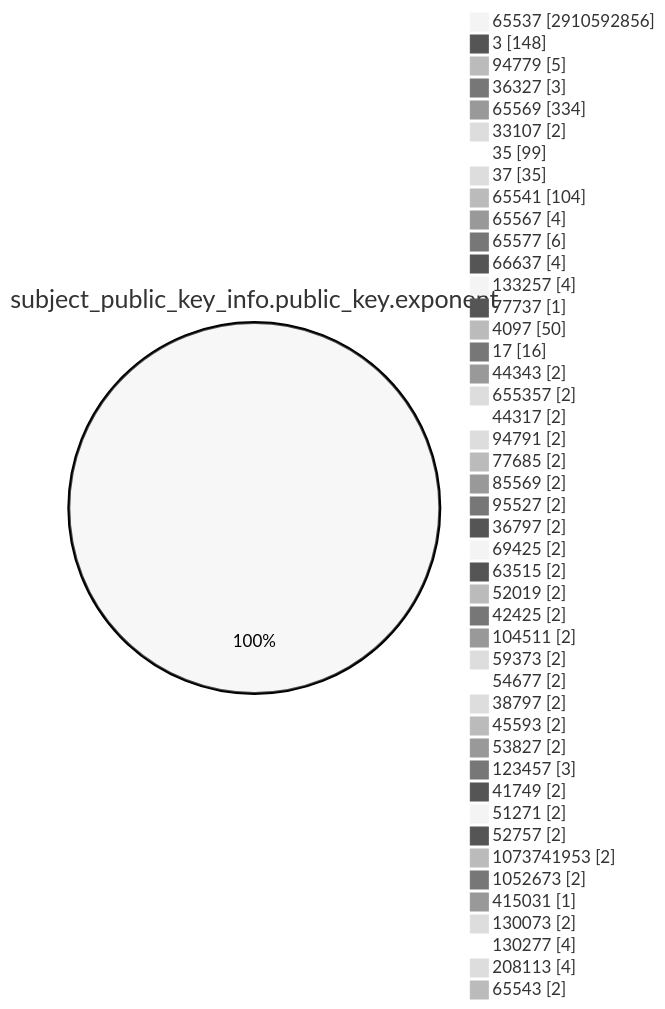
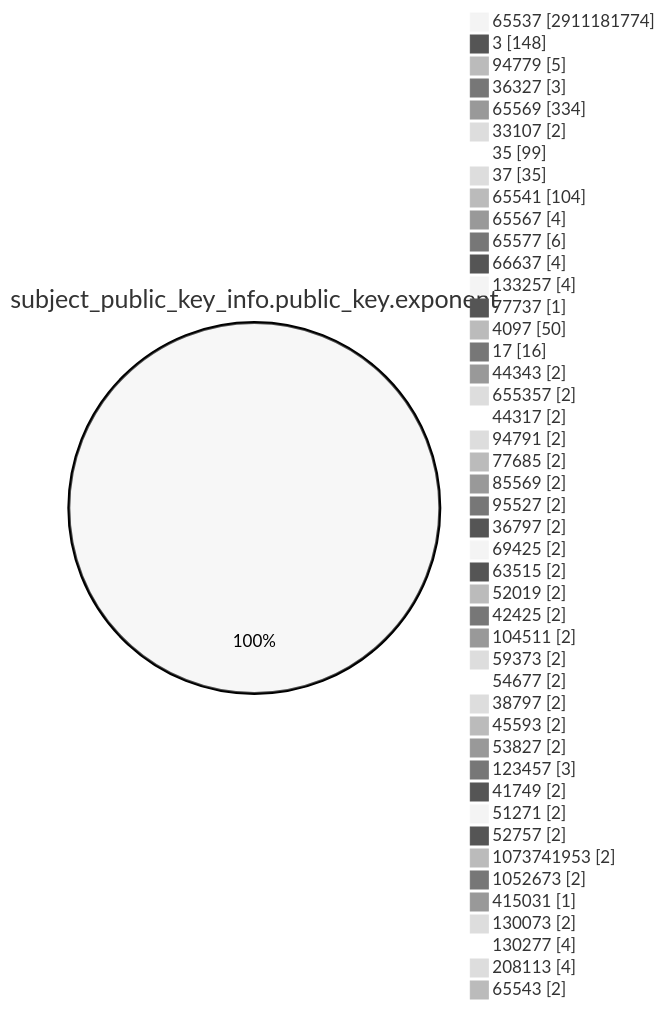
Before and after one commit to christiankrug/ctmonitor_visualization: the fourth of 15 diagrams in TOTAL/README.md, drawn with Mermaid (neutral theme). The commit also changed other lines of this file, not shown here.

````diff
--- a/TOTAL/README.md
+++ b/TOTAL/README.md
@@ -1469,49 +1469,49 @@
 ```mermaid
 pie showData
 title subject_public_key_info.public_key.exponent
-"65537" :2910592856
+"65537" :2911181774
 "3" :148
 "94779" :5
 "36327" :3
 "65569" :334
 "33107" :2
 "35" :99
 "37" :35
 "65541" :104
 "65567" :4
 "65577" :6
 "66637" :4
 "133257" :4
 "77737" :1
 "4097" :50
 "17" :16
 "44343" :2
 "655357" :2
 "44317" :2
 "94791" :2
 "77685" :2
 "85569" :2
 "95527" :2
 "36797" :2
 "69425" :2
 "63515" :2
 "52019" :2
 "42425" :2
 "104511" :2
 "59373" :2
 "54677" :2
 "38797" :2
 "45593" :2
 "53827" :2
 "123457" :3
 "41749" :2
 "51271" :2
 "52757" :2
 "1073741953" :2
 "1052673" :2
 "415031" :1
 "130073" :2
 "130277" :4
 "208113" :4
 "65543" :2
 ```
````
